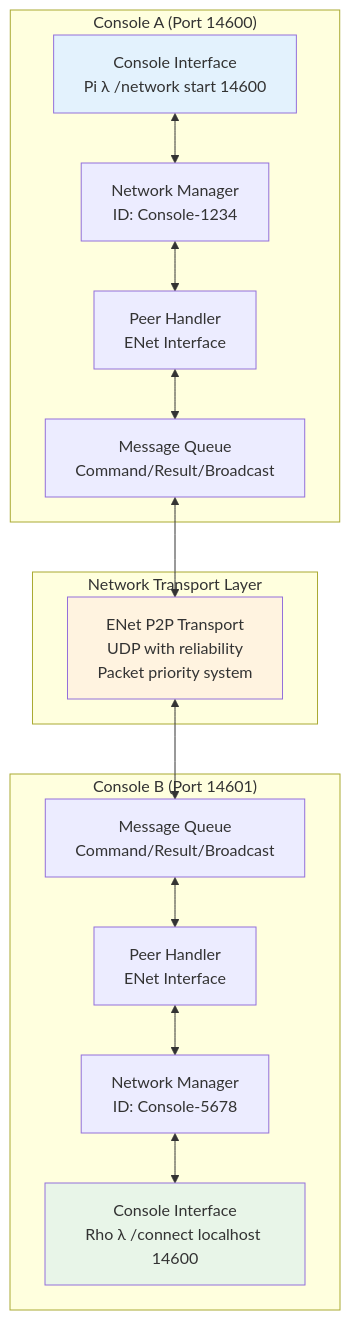
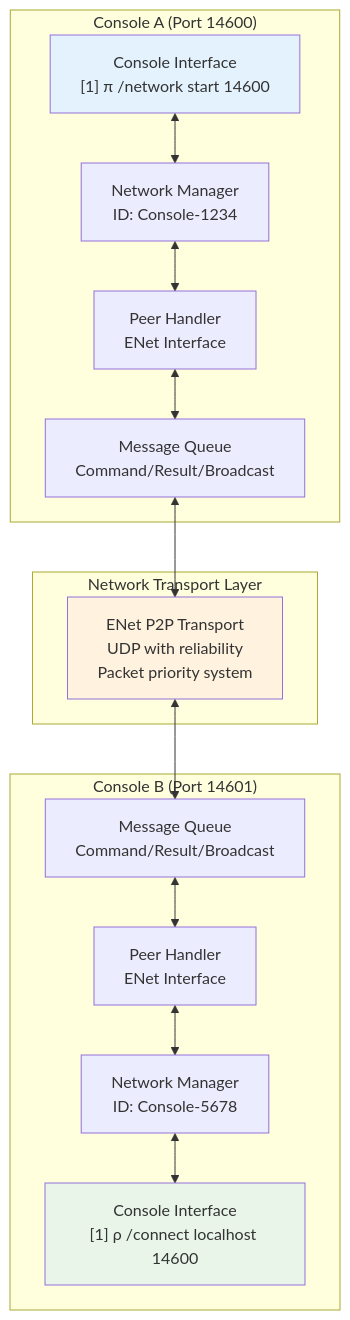
Before and after one commit to cschladetsch/CppKAI: the first of 7 diagrams in resources/diagrams/console-networking-architecture.md, drawn with Mermaid. The commit also changed 4 other files, not shown here.

First line of the commit message:
Update architecture diagrams and READMEs for abs op, prompt and tests

````diff
--- a/resources/diagrams/console-networking-architecture.md
+++ b/resources/diagrams/console-networking-architecture.md
@@ -5,34 +5,34 @@
 ```mermaid
 graph TB
     subgraph "Console A (Port 14600)"
-        CA_UI["Console Interface<br/>Pi λ /network start 14600"]
+        CA_UI["Console Interface<br/>[1] π /network start 14600"]
         CA_NET["Network Manager<br/>ID: Console-1234"]
         CA_PEER[Peer Handler<br/>ENet Interface]
         CA_MSG[Message Queue<br/>Command/Result/Broadcast]
     end
     
     subgraph "Network Transport Layer"
         TRANSPORT[ENet P2P Transport<br/>UDP with reliability<br/>Packet priority system]
     end
     
     subgraph "Console B (Port 14601)"
-        CB_UI["Console Interface<br/>Rho λ /connect localhost 14600"]
+        CB_UI["Console Interface<br/>[1] ρ /connect localhost 14600"]
         CB_NET["Network Manager<br/>ID: Console-5678"]
         CB_PEER[Peer Handler<br/>ENet Interface]
         CB_MSG[Message Queue<br/>Command/Result/Broadcast]
     end
     
     CA_UI <--> CA_NET
     CA_NET <--> CA_PEER
     CA_PEER <--> CA_MSG
     CA_MSG <--> TRANSPORT
     
     TRANSPORT <--> CB_MSG
     CB_MSG <--> CB_PEER
     CB_PEER <--> CB_NET
     CB_NET <--> CB_UI
     
     style CA_UI fill:#e3f2fd
     style CB_UI fill:#e8f5e8
     style TRANSPORT fill:#fff3e0
 ```
````
